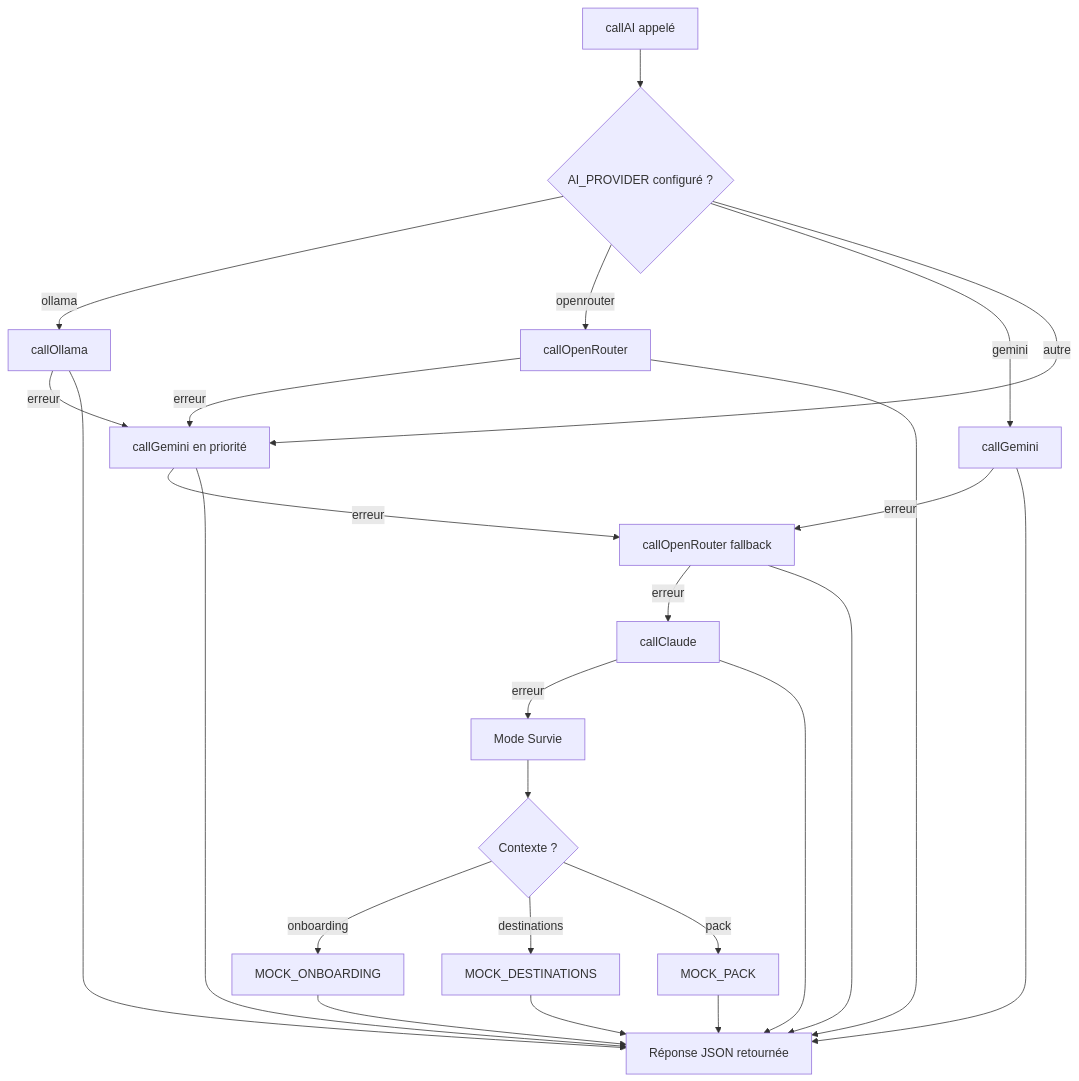
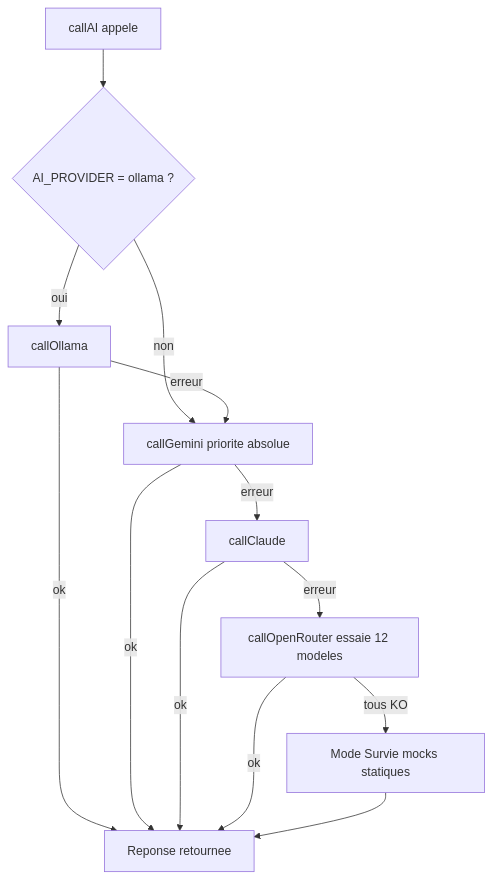
The seventh of 7 diagrams in docs/DIAGRAMS.md (loties1533/tripgenie), drawn with Mermaid before and after one commit. The commit also changed other lines of this file, not shown here.

Commit message:
MAJ diagram

````diff
--- a/docs/DIAGRAMS.md
+++ b/docs/DIAGRAMS.md
@@ -299,25 +245,18 @@
 ```mermaid
 flowchart TD
-    A[callAI appelé] --> B{AI_PROVIDER configuré ?}
+    A[callAI appele] --> B{AI_PROVIDER = ollama ?}
 
-    B -->|ollama| C[callOllama]
-    B -->|openrouter| D[callOpenRouter]
-    B -->|gemini| E[callGemini]
-    B -->|autre| F[callGemini en priorité]
+    B -->|oui| C[callOllama]
+    B -->|non| D[callGemini priorite absolue]
 
-    C -->|erreur| F
-    D -->|erreur| F
-    E -->|erreur| G[callOpenRouter fallback]
-    F -->|erreur| G
+    C -->|erreur| D
+    D -->|erreur| E[callClaude]
+    E -->|erreur| F[callOpenRouter essaie 12 modeles]
+    F -->|tous KO| G[Mode Survie mocks statiques]
 
-    G -->|erreur| H[callClaude]
-    H -->|erreur| I[Mode Survie]
-
-    I --> J{Contexte ?}
-    J -->|onboarding| K[MOCK_ONBOARDING]
-    J -->|destinations| L[MOCK_DESTINATIONS]
-    J -->|pack| M[MOCK_PACK]
-
-    C & D & E & F & G & H --> Z[Réponse JSON retournée]
-    K & L & M --> Z
+    C -->|ok| Z[Reponse retournee]
+    D -->|ok| Z
+    E -->|ok| Z
+    F -->|ok| Z
+    G --> Z
 ```
````
